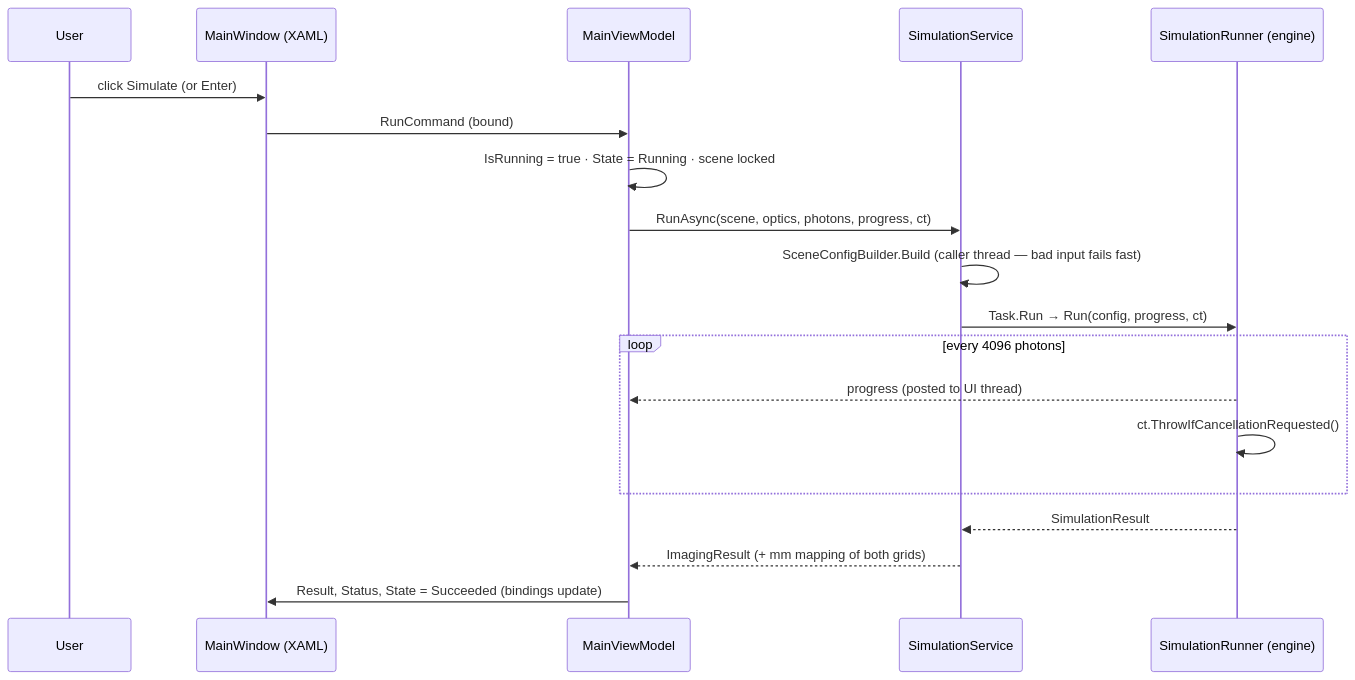
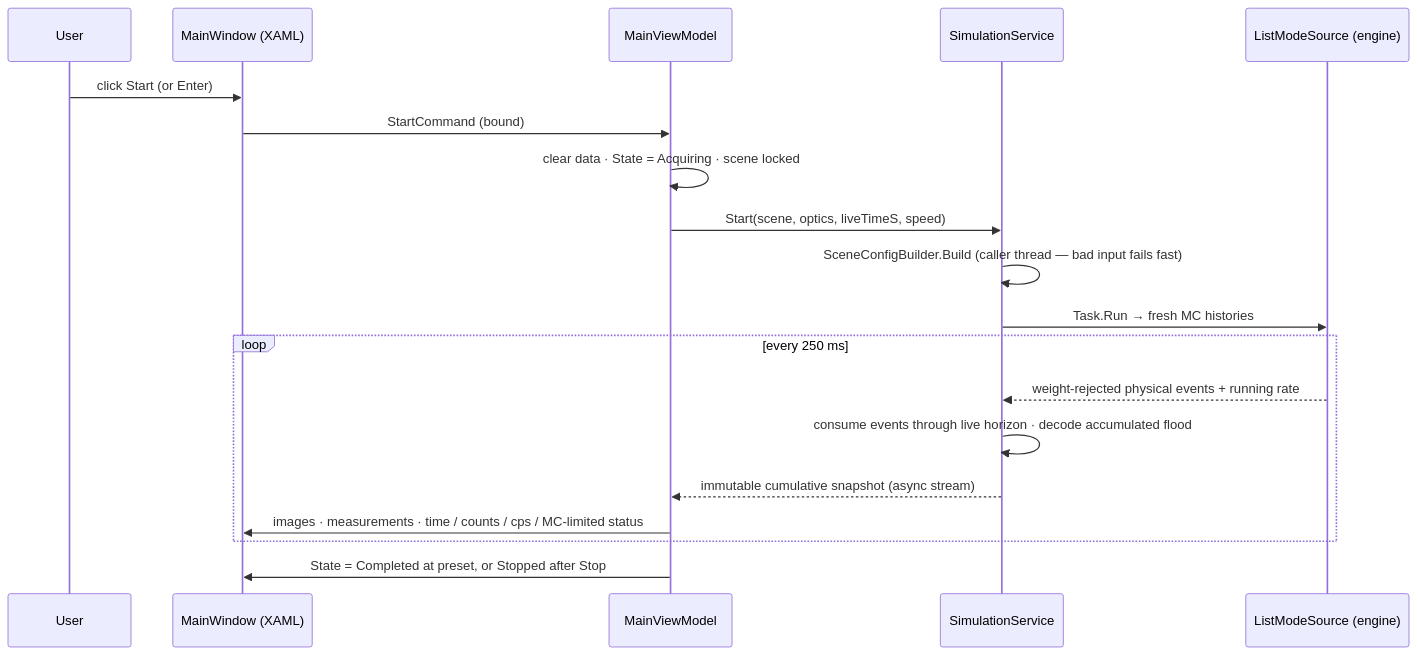
Before and after one commit to Jwlee-IL/G-CAM-Simulator: the second of 2 diagrams in docs/DESIGN.Architecture.md, drawn with Mermaid. The commit also changed other lines of this file and 26 other files, not shown here.

First line of the commit message:
Studio: live list-mode acquisition feeding every workspace (TODO-13)

````diff
--- a/docs/DESIGN.Architecture.md
+++ b/docs/DESIGN.Architecture.md
@@ -95,22 +95,22 @@
 ```mermaid
 sequenceDiagram
     participant U as User
     participant V as MainWindow (XAML)
     participant VM as MainViewModel
     participant S as SimulationService
-    participant E as SimulationRunner (engine)
+    participant E as ListModeSource (engine)
 
-    U->>V: click Simulate (or Enter)
-    V->>VM: RunCommand (bound)
-    VM->>VM: IsRunning = true · State = Running · scene locked
-    VM->>S: RunAsync(scene, optics, photons, progress, ct)
+    U->>V: click Start (or Enter)
+    V->>VM: StartCommand (bound)
+    VM->>VM: clear data · State = Acquiring · scene locked
+    VM->>S: Start(scene, optics, liveTimeS, speed)
     S->>S: SceneConfigBuilder.Build (caller thread — bad input fails fast)
-    S->>E: Task.Run → Run(config, progress, ct)
-    loop every 4096 photons
-        E-->>VM: progress (posted to UI thread)
-        E->>E: ct.ThrowIfCancellationRequested()
+    S->>E: Task.Run → fresh MC histories
+    loop every 250 ms
+        E-->>S: weight-rejected physical events + running rate
+        S->>S: consume events through live horizon · decode accumulated flood
+        S-->>VM: immutable cumulative snapshot (async stream)
+        VM->>V: images · measurements · time / counts / cps / MC-limited status
     end
-    E-->>S: SimulationResult
-    S-->>VM: ImagingResult (+ mm mapping of both grids)
-    VM->>V: Result, Status, State = Succeeded (bindings update)
+    VM->>V: State = Completed at preset, or Stopped after Stop
 ```
````
